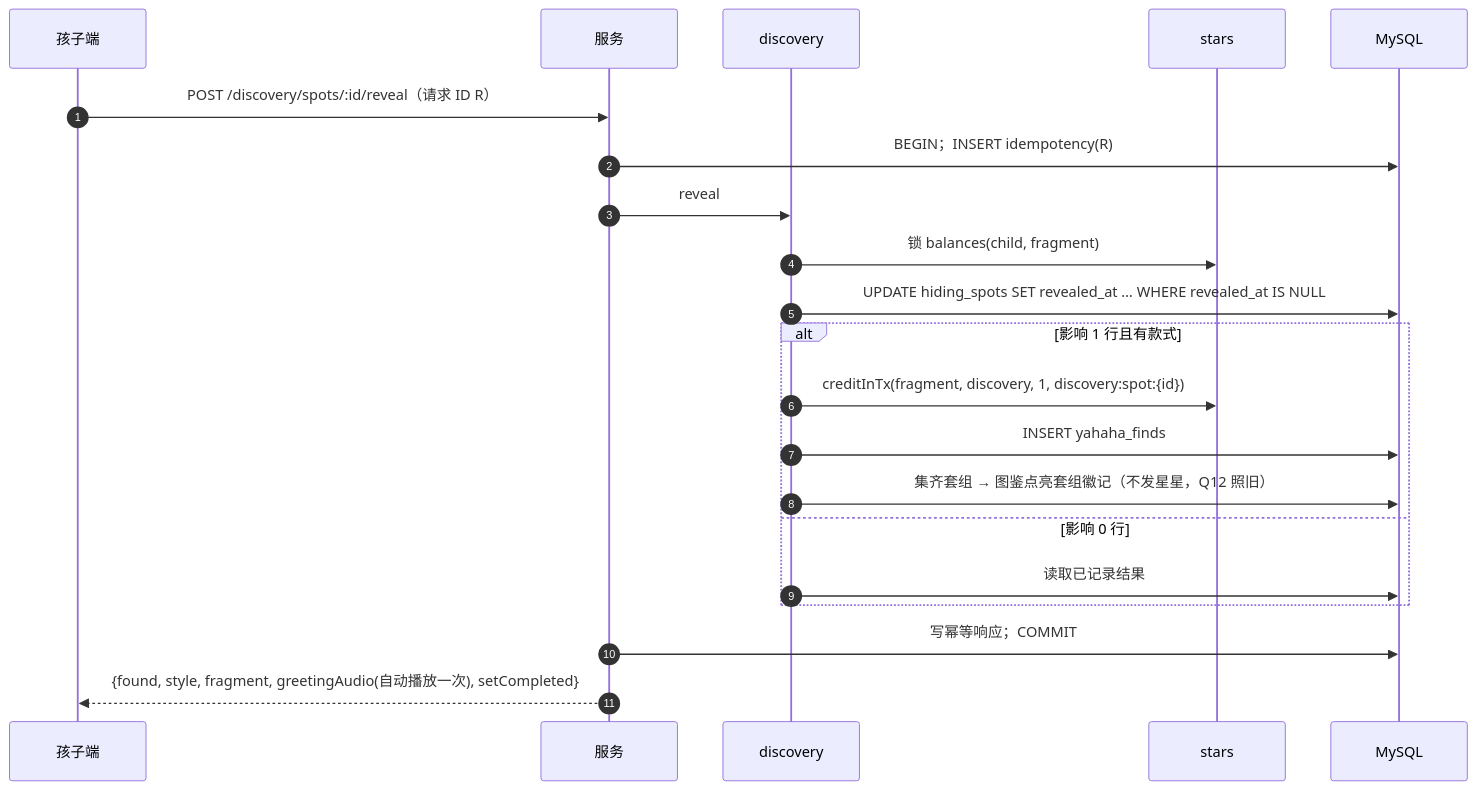
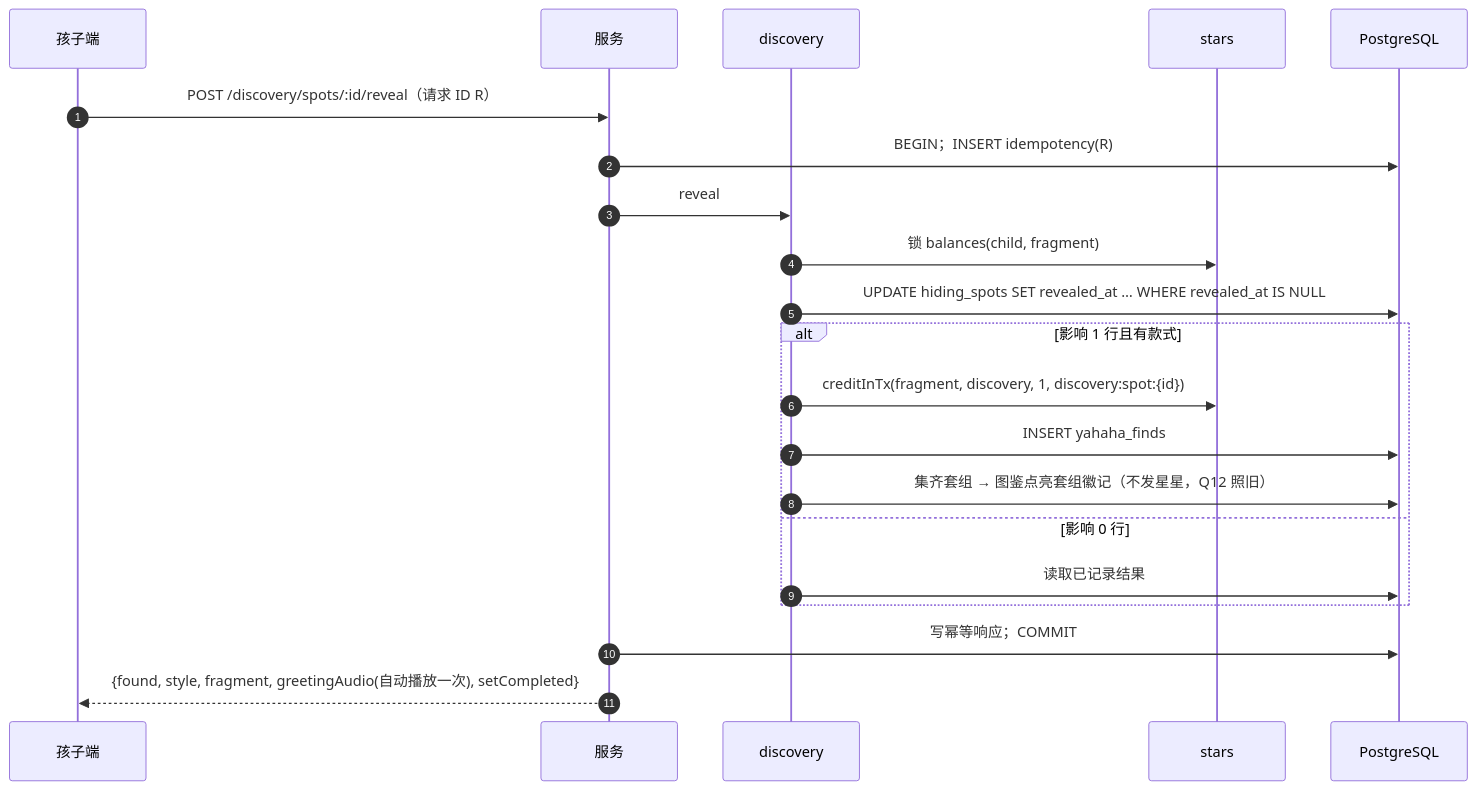
One commit to leomoon2016/xingya changed the diagram in docs/03-design/modules/discovery.md. Above: the diagram before and after it, drawn with Mermaid. The commit also changed 53 other files, not shown here.

First line of the commit message:
docs(db): redesign for PostgreSQL 16

````diff
--- a/docs/03-design/modules/discovery.md
+++ b/docs/03-design/modules/discovery.md
@@ -84,23 +84,23 @@
 ```mermaid
 sequenceDiagram
   autonumber
   participant K as 孩子端
   participant API as 服务
   participant D as discovery
   participant S as stars
-  participant DB as MySQL
+  participant DB as PostgreSQL
   K->>API: POST /discovery/spots/:id/reveal（请求 ID R）
   API->>DB: BEGIN；INSERT idempotency(R)
   API->>D: reveal
   D->>S: 锁 balances(child, fragment)
   D->>DB: UPDATE hiding_spots SET revealed_at … WHERE revealed_at IS NULL
   alt 影响 1 行且有款式
     D->>S: creditInTx(fragment, discovery, 1, discovery:spot:{id})
     D->>DB: INSERT yahaha_finds
     D->>DB: 集齐套组 → 图鉴点亮套组徽记（不发星星，Q12 照旧）
   else 影响 0 行
     D->>DB: 读取已记录结果
   end
   API->>DB: 写幂等响应；COMMIT
   API-->>K: {found, style, fragment, greetingAudio(自动播放一次), setCompleted}
 ```
````
